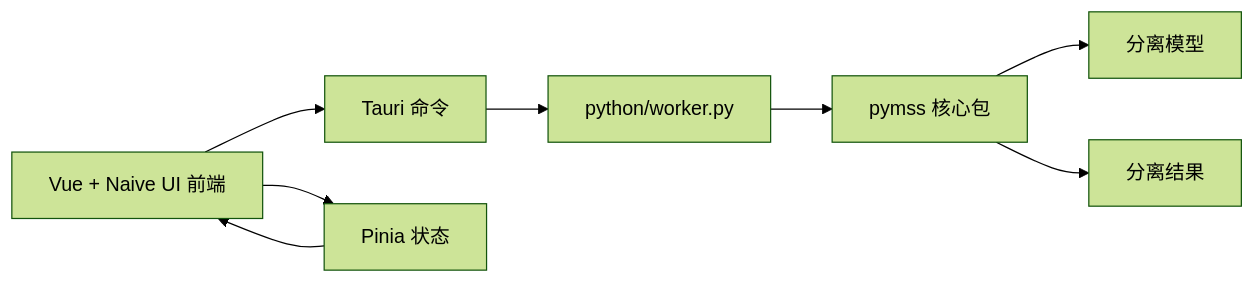
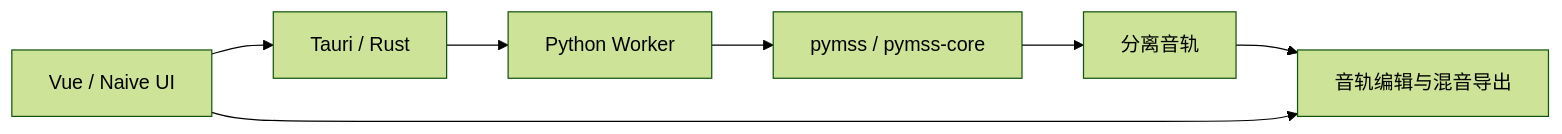
The diagram in README.zh-CN.md (pymss-project/pymss-studio), drawn with Mermaid (forest theme) before and after one commit. The commit also changed other lines of this file and 55 other files, not shown here.

````diff
--- a/README.zh-CN.md
+++ b/README.zh-CN.md
@@ -195,10 +274,9 @@
 ```mermaid
 flowchart LR
-  UI[Vue + Naive UI 前端] --> API[Tauri 命令]
-  API --> Worker[python/worker.py]
-  Worker --> Core[pymss 核心包]
-  Core --> Models[分离模型]
-  Core --> Output[分离结果]
-  UI --> Store[Pinia 状态]
-  Store --> UI
+  UI[Vue / Naive UI] --> API[Tauri / Rust]
+  API --> Worker[Python Worker]
+  Worker --> Core[pymss / pymss-core]
+  Core --> Audio[分离音轨]
+  Audio --> Editor
+  UI --> Editor[音轨编辑与混音导出]
 ```
````
